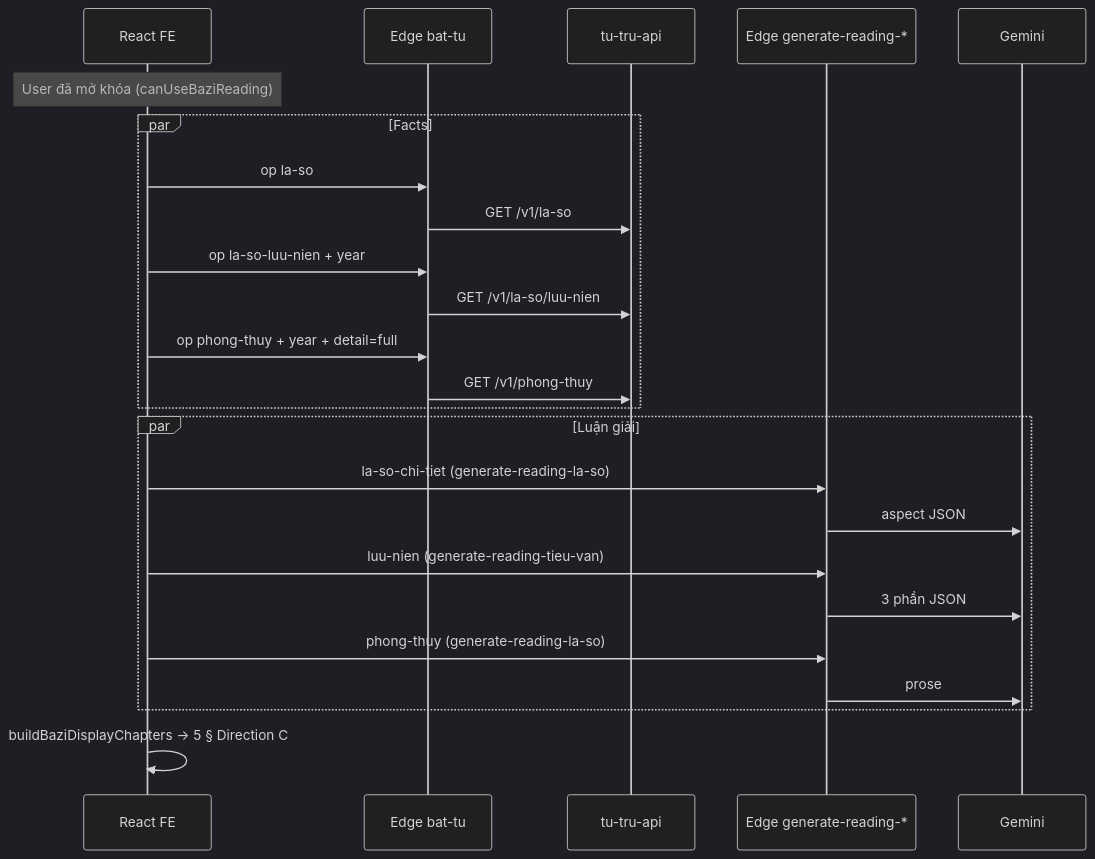
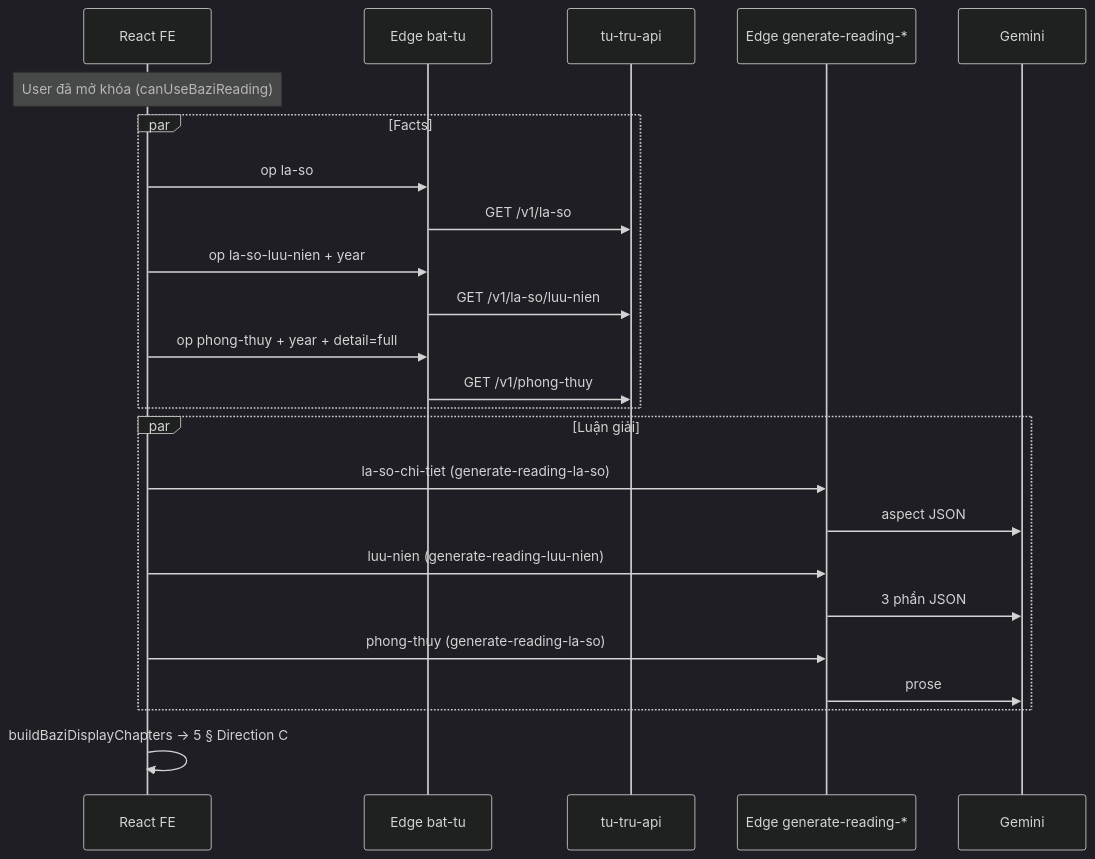
One commit to tad-agentics/Ngay-lanh-thang-tot changed the diagram in artifacts/docs/features/bazi-reading-screen-api-requirements.md. Above: the diagram before and after it, drawn with Mermaid (dark theme). The commit also changed other lines of this file and 53 other files, not shown here.

````diff
--- a/artifacts/docs/features/bazi-reading-screen-api-requirements.md
+++ b/artifacts/docs/features/bazi-reading-screen-api-requirements.md
@@ -25,27 +25,27 @@
 ```mermaid
 sequenceDiagram
   participant FE as React FE
   participant BT as Edge bat-tu
   participant API as tu-tru-api
   participant GR as Edge generate-reading-*
   participant Gemini as Gemini
 
   Note over FE: User đã mở khóa (canUseBaziReading)
   par Facts
     FE->>BT: op la-so
     BT->>API: GET /v1/la-so
     FE->>BT: op la-so-luu-nien + year
     BT->>API: GET /v1/la-so/luu-nien
     FE->>BT: op phong-thuy + year + detail=full
     BT->>API: GET /v1/phong-thuy
   end
   par Luận giải
     FE->>GR: la-so-chi-tiet (generate-reading-la-so)
     GR->>Gemini: aspect JSON
-    FE->>GR: luu-nien (generate-reading-tieu-van)
+    FE->>GR: luu-nien (generate-reading-luu-nien)
     GR->>Gemini: 3 phần JSON
     FE->>GR: phong-thuy (generate-reading-la-so)
     GR->>Gemini: prose
   end
   FE->>FE: buildBaziDisplayChapters → 5 § Direction C
 ```
````
